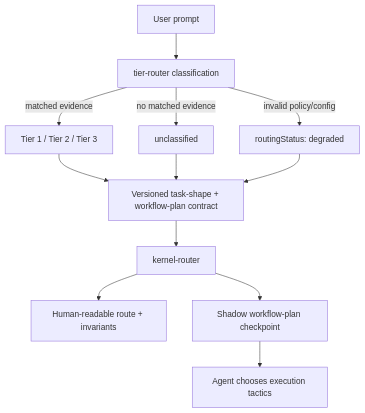
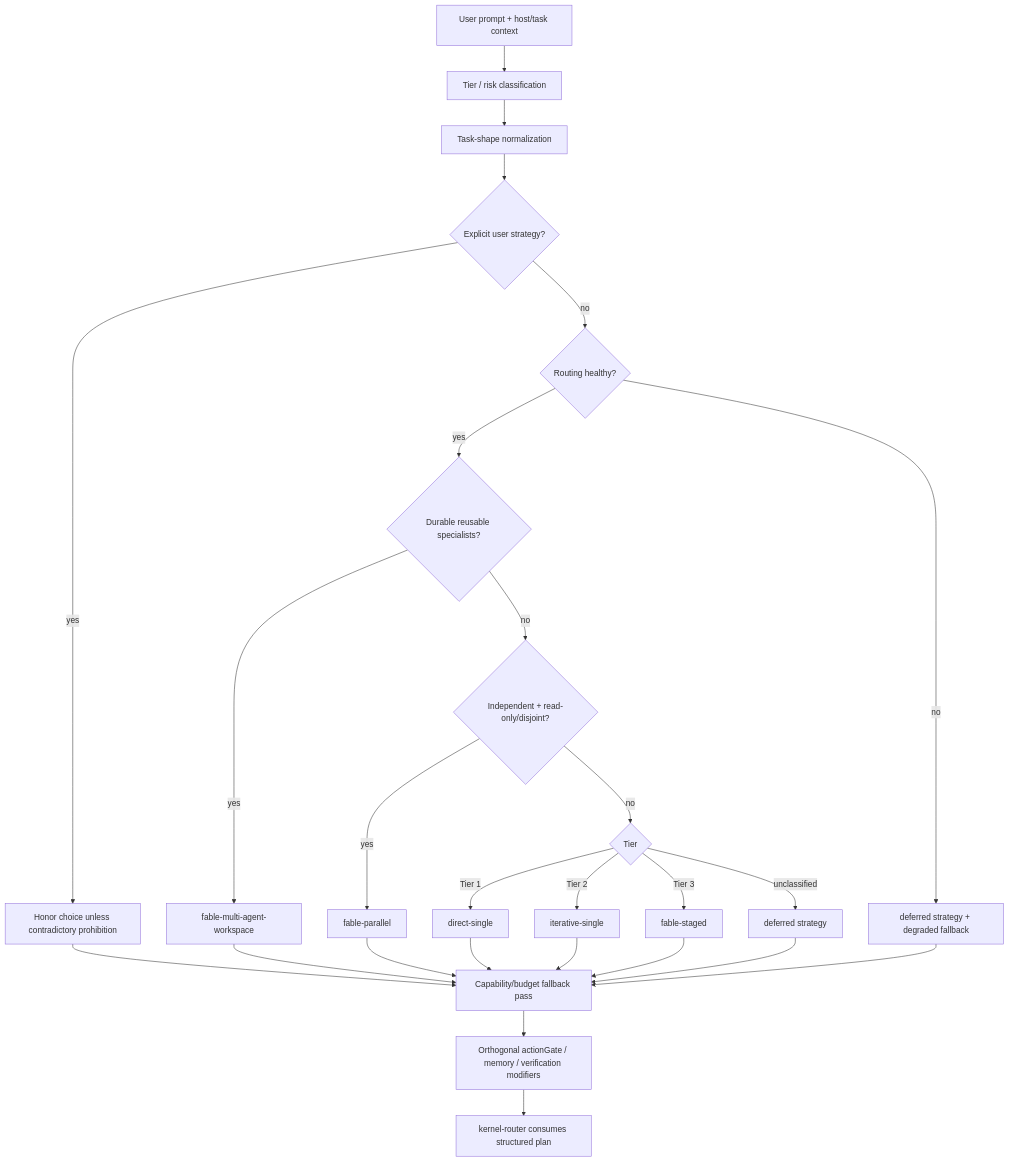
Before and after one commit to dyphn1/Harness-everything: the diagram in harness-everything/references/router-workflow-plan.md, drawn with Mermaid. The commit also changed other lines of this file, not shown here.

Commit message:
docs(router): document phase 2 strategy selection

````diff
--- a/harness-everything/references/router-workflow-plan.md
+++ b/harness-everything/references/router-workflow-plan.md
@@ -15,14 +15,28 @@
 ```mermaid
 flowchart TD
-    U[User prompt] --> C[tier-router classification]
-    C -->|matched evidence| T[Tier 1 / Tier 2 / Tier 3]
-    C -->|no matched evidence| X[unclassified]
-    C -->|invalid policy/config| D[routingStatus: degraded]
-    T --> P[Versioned task-shape + workflow-plan contract]
-    X --> P
-    D --> P
-    P --> K[kernel-router]
-    K --> H[Human-readable route + invariants]
-    K --> S[Shadow workflow-plan checkpoint]
-    S --> E[Agent chooses execution tactics]
+    U[User prompt + host/task context] --> C[Tier / risk classification]
+    C --> S[Task-shape normalization]
+    S --> X{Explicit user strategy?}
+    X -- yes --> O[Honor choice unless contradictory prohibition]
+    X -- no --> H{Routing healthy?}
+    H -- no --> D[deferred strategy + degraded fallback]
+    H -- yes --> W{Durable reusable specialists?}
+    W -- yes --> MW[fable-multi-agent-workspace]
+    W -- no --> P{Independent + read-only/disjoint?}
+    P -- yes --> FP[fable-parallel]
+    P -- no --> T{Tier}
+    T -- Tier 1 --> DS[direct-single]
+    T -- Tier 2 --> IS[iterative-single]
+    T -- Tier 3 --> FS[fable-staged]
+    T -- unclassified --> DU[deferred strategy]
+    O --> F[Capability/budget fallback pass]
+    MW --> F
+    FP --> F
+    DS --> F
+    IS --> F
+    FS --> F
+    DU --> F
+    D --> F
+    F --> G[Orthogonal actionGate / memory / verification modifiers]
+    G --> K[kernel-router consumes structured plan]
 ```
````
